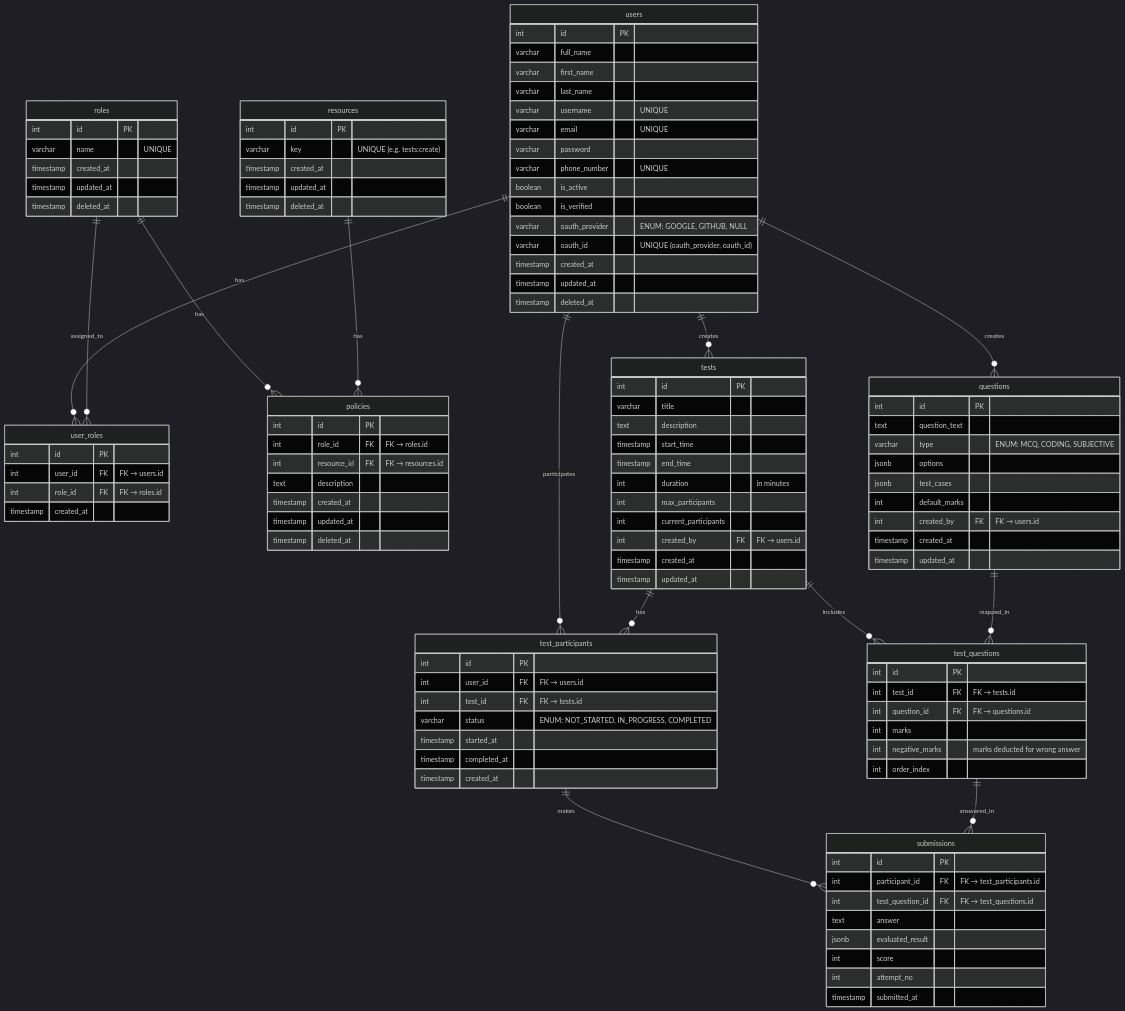
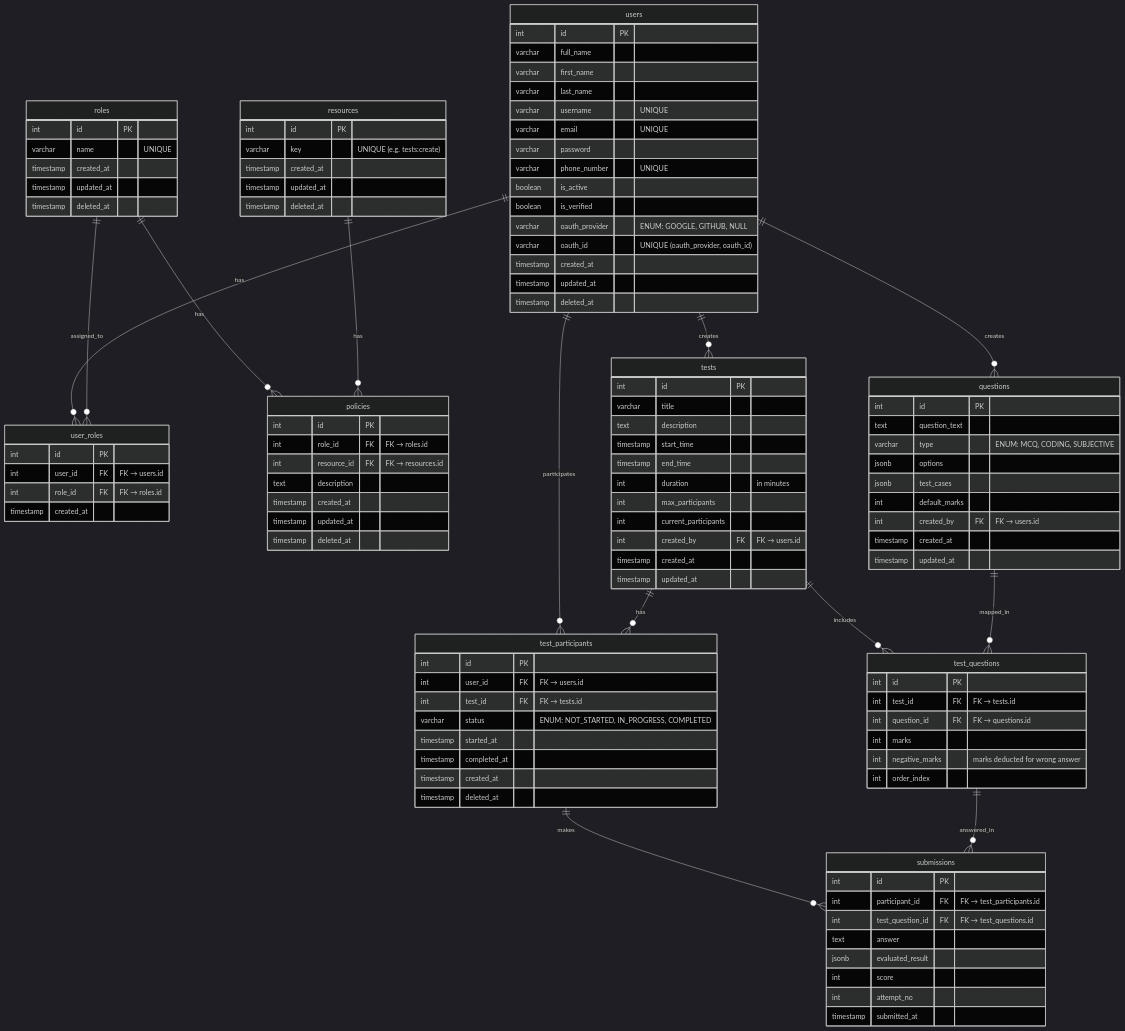
The first of 8 diagrams in docs/phase-1/erd.md (sharma-dikshant/TestFlow-Docs), drawn with Mermaid (dark theme) before and after one commit. The commit also changed 1 other file, not shown here.

Commit message:
docs: update erd v2.2

```diff
--- a/docs/phase-1/erd.md
+++ b/docs/phase-1/erd.md
@@ -101,6 +101,7 @@
         timestamp started_at
         timestamp completed_at
         timestamp created_at
+        timestamp deleted_at
     }
 
     submissions {
```
